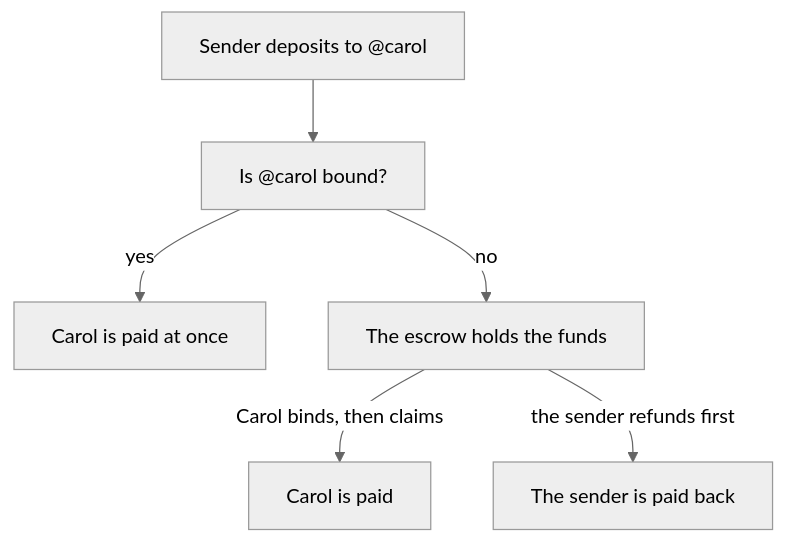
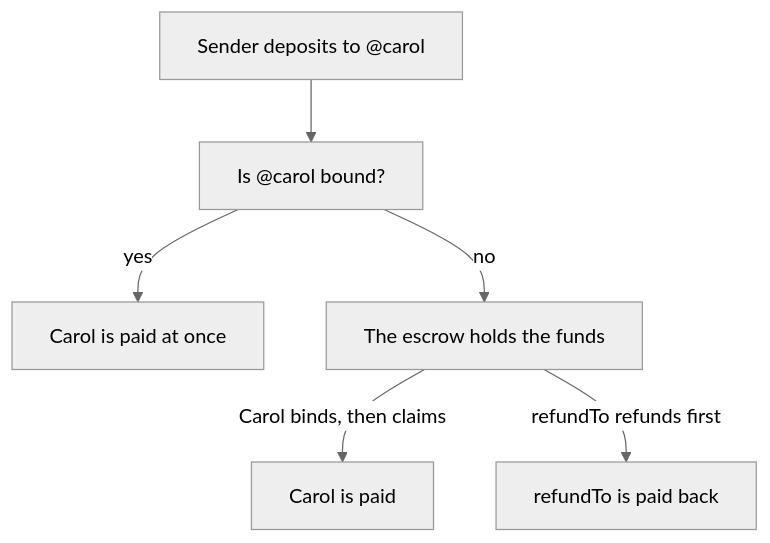
The diagram in docs/pages/guides/pay-a-handle.md (libid-org/libID), drawn with Mermaid (neutral theme) before and after one commit. The commit also changed other lines of this file and 9 other files, not shown here.

````diff
--- a/docs/pages/guides/pay-a-handle.md
+++ b/docs/pages/guides/pay-a-handle.md
@@ -13,8 +13,8 @@
 ```mermaid
 flowchart TD
   D["Sender deposits to @carol"] --> Q["Is @carol bound?"]
   Q -- yes --> F["Carol is paid at once"]
   Q -- no --> H["The escrow holds the funds"]
   H -- "Carol binds, then claims" --> C["Carol is paid"]
-  H -- "the sender refunds first" --> R["The sender is paid back"]
+  H -- "refundTo refunds first" --> R["refundTo is paid back"]
 ```
````
